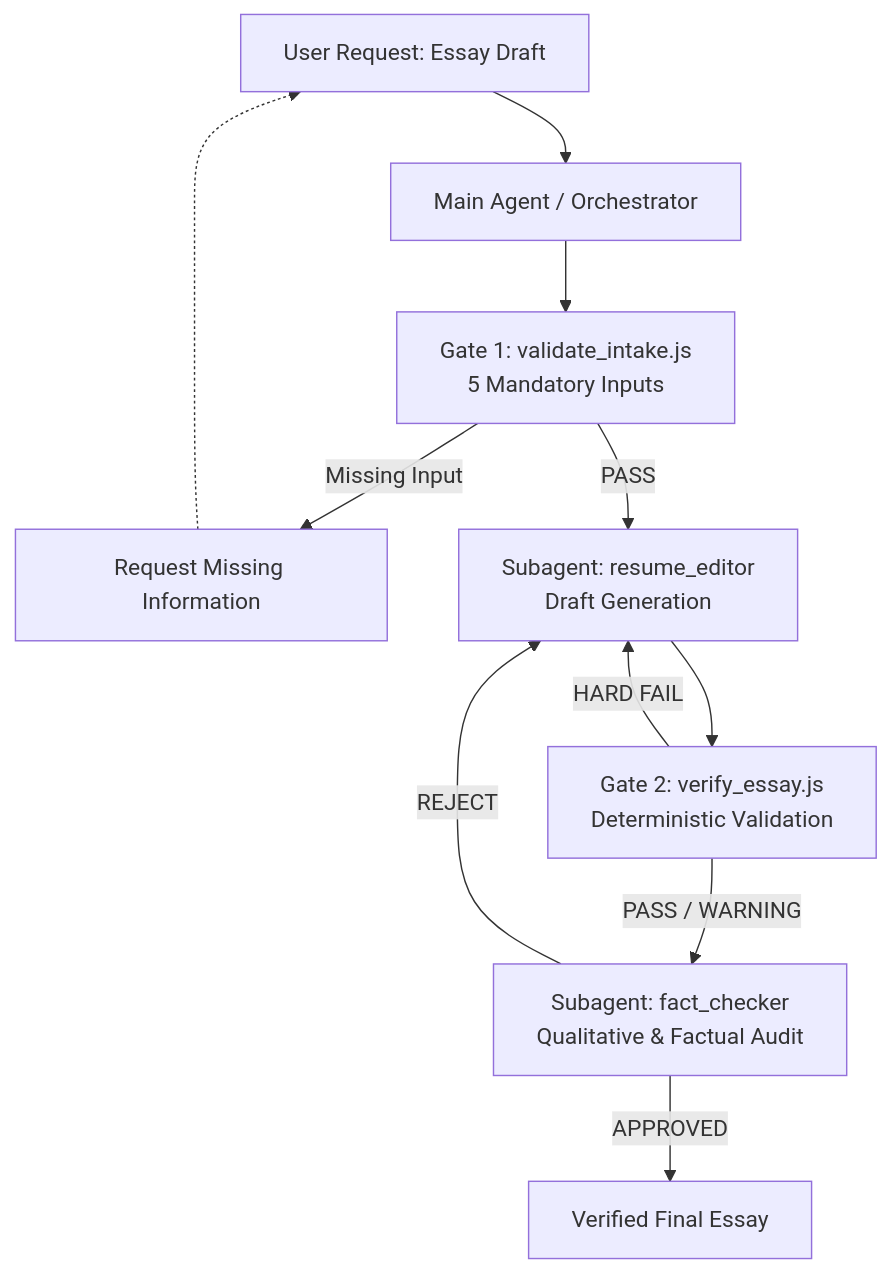
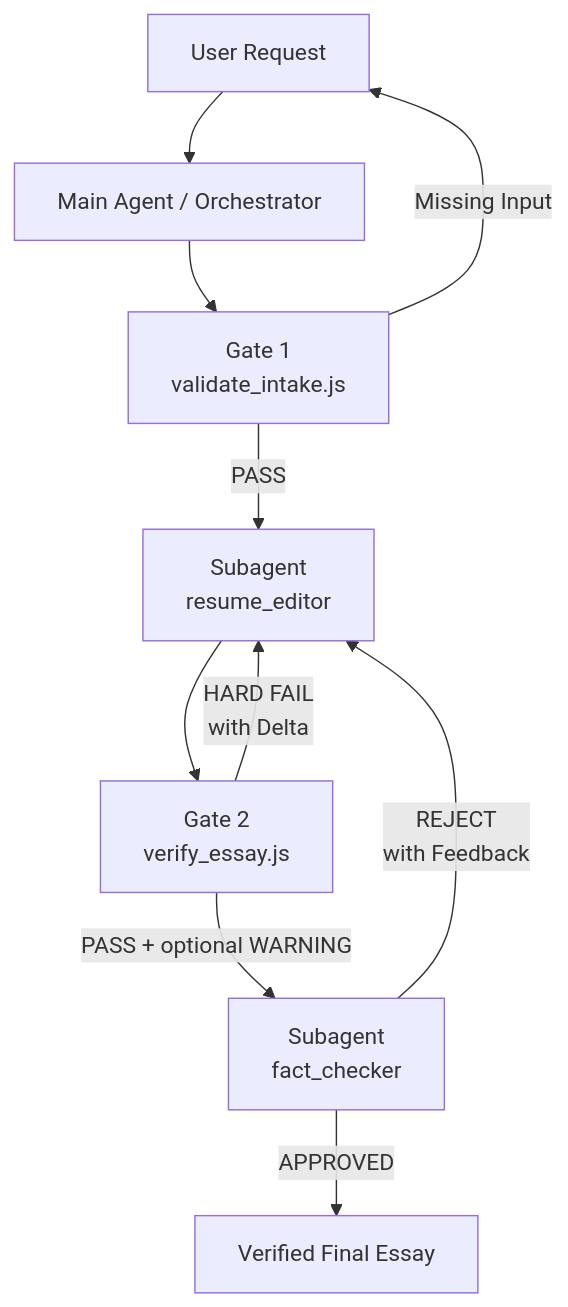
The diagram in README.md (BR8KTIME/Resume-Helper-AgenticAI), drawn with Mermaid before and after one commit. The commit also changed other lines of this file, not shown here.

````diff
--- a/README.md
+++ b/README.md
@@ -13,17 +17,20 @@
 ```mermaid
 flowchart TD
-    Req["User Request: Essay Draft"] --> Orch["Main Agent / Orchestrator"]
-    Orch --> Gate1["Gate 1: validate_intake.js<br/>5 Mandatory Inputs"]
+    Req["User Request"] --> Orch["Main Agent / Orchestrator"]
 
-    Gate1 -- "Missing Input" --> Prompt["Request Missing Information"]
-    Prompt -.-> Req
+    Orch --> Gate1["Gate 1<br/>validate_intake.js"]
 
-    Gate1 -- "PASS" --> Editor["Subagent: resume_editor<br/>Draft Generation"]
-    Editor --> Gate2["Gate 2: verify_essay.js<br/>Deterministic Validation"]
+    Gate1 -- "Missing Input" --> Req
 
-    Gate2 -- "HARD FAIL" --> Editor
-    Gate2 -- "PASS / WARNING" --> Checker["Subagent: fact_checker<br/>Qualitative & Factual Audit"]
+    Gate1 -- "PASS" --> Editor["Subagent<br/>resume_editor"]
 
-    Checker -- "REJECT" --> Editor
+    Editor --> Gate2["Gate 2<br/>verify_essay.js"]
+
+    Gate2 -- "HARD FAIL<br/>with Delta" --> Editor
+
+    Gate2 -- "PASS + optional WARNING" --> Checker["Subagent<br/>fact_checker"]
+
+    Checker -- "REJECT<br/>with Feedback" --> Editor
+
     Checker -- "APPROVED" --> Done["Verified Final Essay"]
 ```
````
